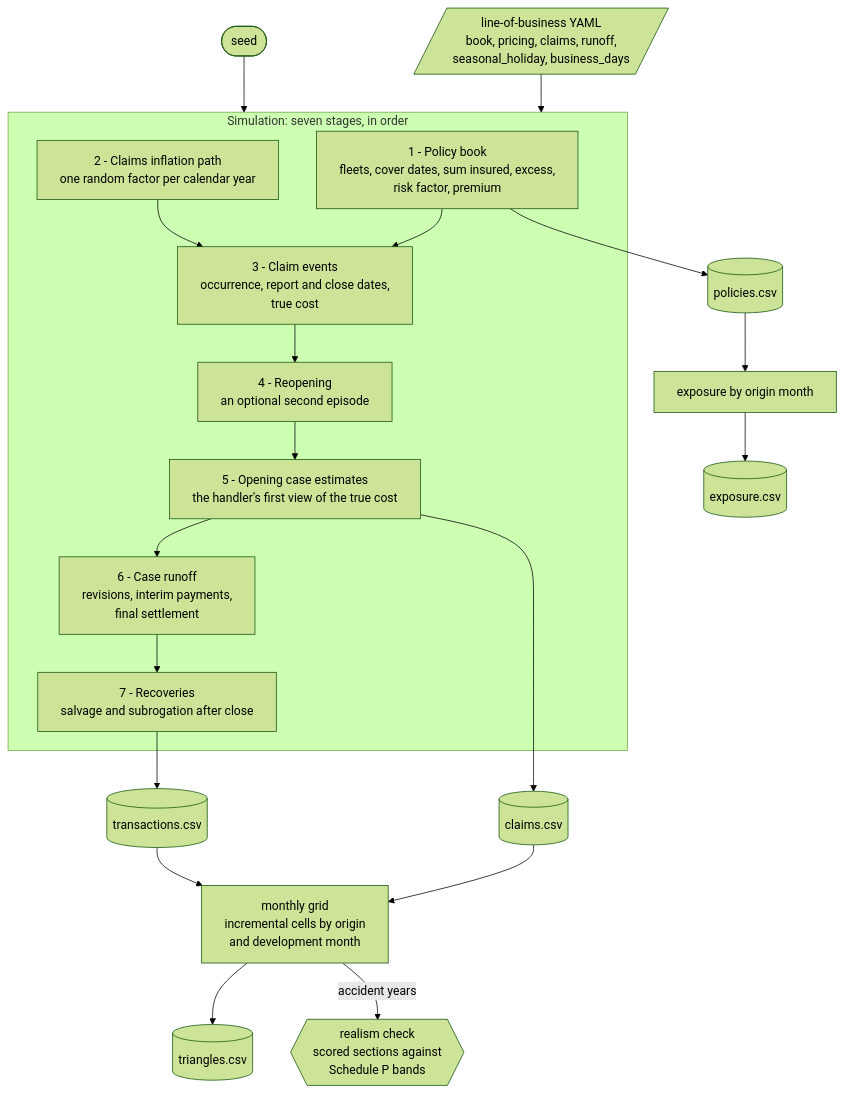
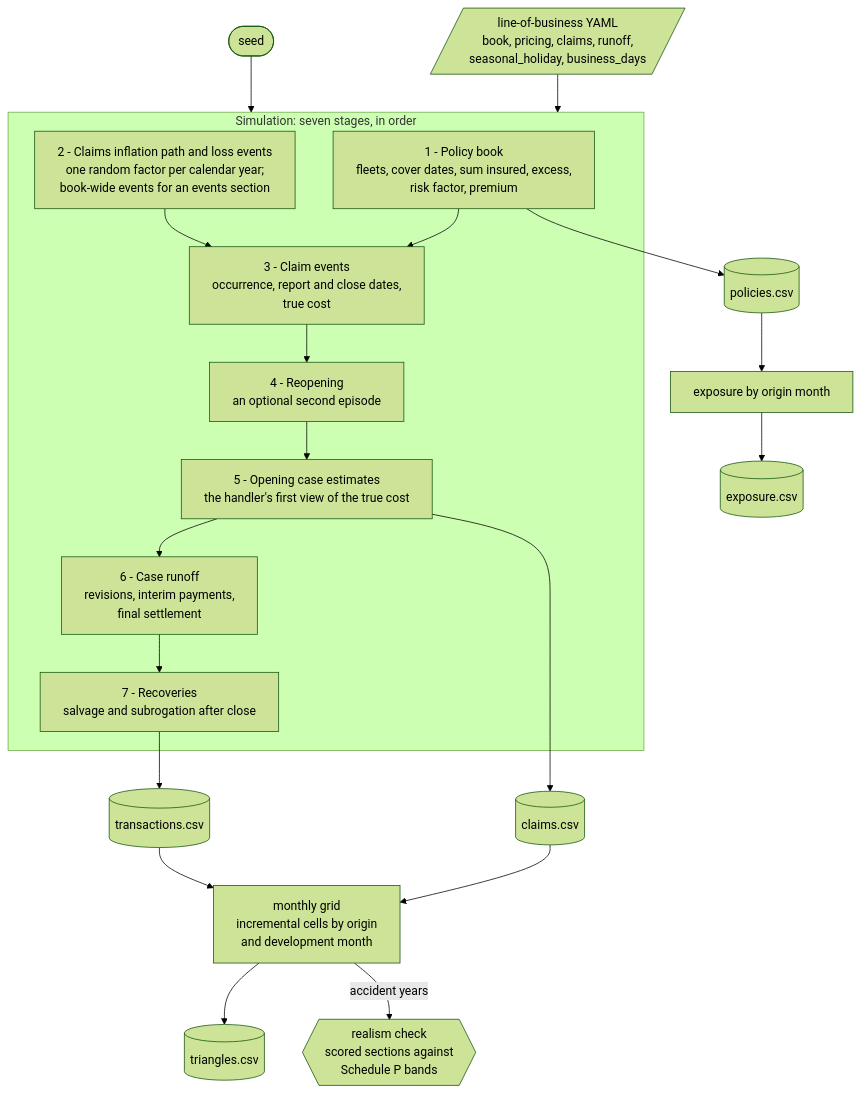
Before and after one commit to le-marais/claims-data-generator: the first of 11 diagrams in README.md, drawn with Mermaid (forest theme). The commit also changed other lines of this file and 21 other files, not shown here.

````diff
--- a/README.md
+++ b/README.md
@@ -70,36 +70,36 @@
 ```mermaid
 %%{init: {"flowchart": {"wrappingWidth": 480}}}%%
 flowchart TD
     yaml[/"line-of-business YAML<br/>book, pricing, claims, runoff,<br/>seasonal_holiday, business_days"/]
     seed(["seed"])
     subgraph sim["Simulation: seven stages, in order"]
         s1["1 - Policy book<br/>fleets, cover dates, sum insured, excess,<br/>risk factor, premium"]
-        s2["2 - Claims inflation path<br/>one random factor per calendar year"]
+        s2["2 - Claims inflation path and loss events<br/>one random factor per calendar year;<br/>book-wide events for an events section"]
         s3["3 - Claim events<br/>occurrence, report and close dates,<br/>true cost"]
         s4["4 - Reopening<br/>an optional second episode"]
         s5["5 - Opening case estimates<br/>the handler's first view of the true cost"]
         s6["6 - Case runoff<br/>revisions, interim payments,<br/>final settlement"]
         s7["7 - Recoveries<br/>salvage and subrogation after close"]
         s1 --> s3
         s2 --> s3
         s3 --> s4 --> s5 --> s6 --> s7
     end
     policiesCsv[("policies.csv")]
     claimsCsv[("claims.csv")]
     transactionsCsv[("transactions.csv")]
     grid["monthly grid<br/>incremental cells by origin<br/>and development month"]
     exposure["exposure by origin month"]
     trianglesCsv[("triangles.csv")]
     exposureCsv[("exposure.csv")]
     realism{{"realism check<br/>scored sections against<br/>Schedule P bands"}}
     yaml --> sim
     seed --> sim
     s1 --> policiesCsv
     s5 --> claimsCsv
     s7 --> transactionsCsv
     claimsCsv & transactionsCsv --> grid
     policiesCsv --> exposure
     grid --> trianglesCsv
     exposure --> exposureCsv
     grid -- "accident years" --> realism
 ```
````
